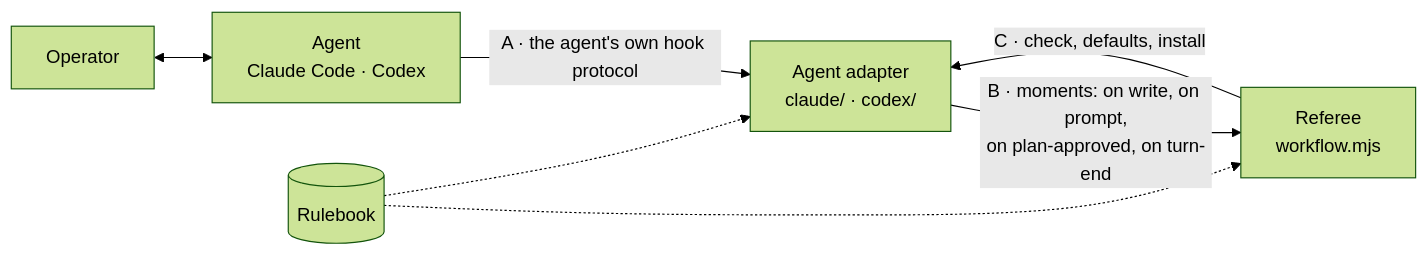
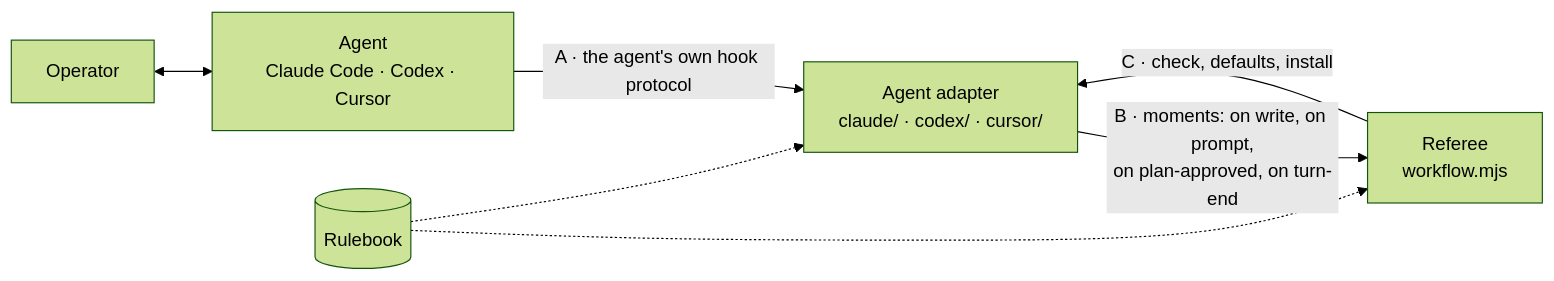
The first of 3 diagrams in src/agents/README.md (lokito-ltd/katatay-alpha), drawn with Mermaid (forest theme) before and after one commit. The commit also changed other lines of this file and 82 other files, not shown here.

First line of the commit message:
✨ feat(agents): add a Cursor agent adapter

````diff
--- a/src/agents/README.md
+++ b/src/agents/README.md
@@ -29,14 +31,14 @@
 ```mermaid
 flowchart LR
   OP["Operator"]
-  AG["Agent<br/>Claude Code · Codex"]
-  AD["Agent adapter<br/>claude/ · codex/"]
+  AG["Agent<br/>Claude Code · Codex · Cursor"]
+  AD["Agent adapter<br/>claude/ · codex/ · cursor/"]
   CO["Referee<br/>workflow.mjs"]
   PO[("Rulebook")]
   OP <--> AG
   AG -- "A · the agent's own hook protocol" --> AD
   AD -- "B · moments: on write, on prompt,<br/>on plan-approved, on turn-end" --> CO
   CO -- "C · check, defaults, install" --> AD
   PO -.-> CO
   PO -.-> AD
 ```
````
